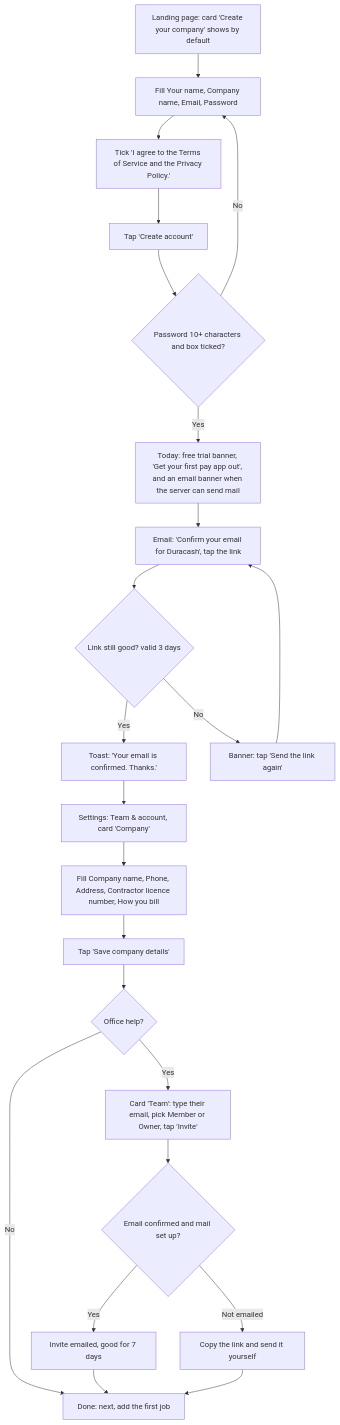
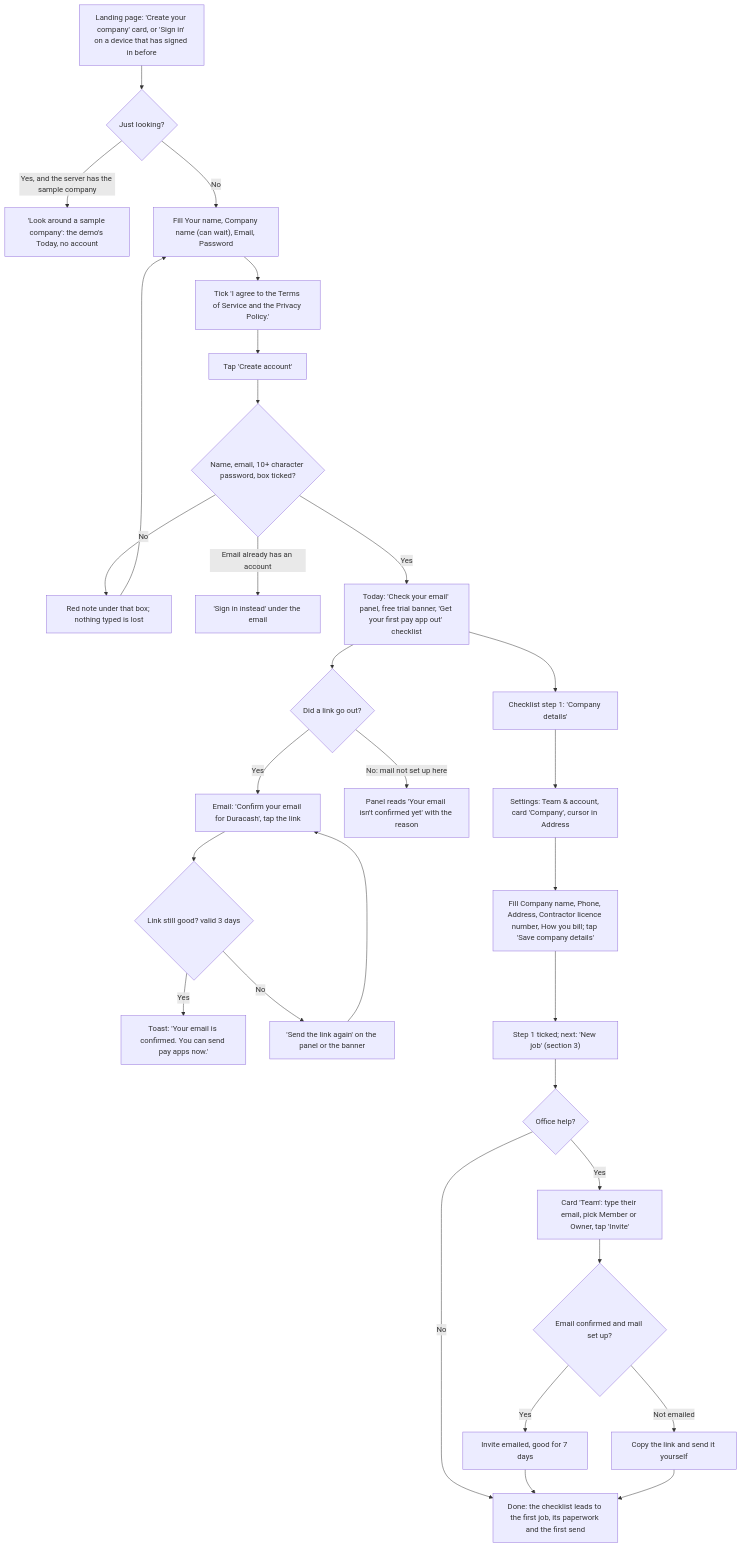
One commit to cartwrightstephen/billdable changed the second of 15 diagrams in docs/client-flows.md. Above: the diagram before and after it, drawn with Mermaid. The commit also changed other lines of this file and 12 other files, not shown here.

First line of the commit message:
Round 2: R2-08, R2-09 first-run wireframes and the last of the old name

````diff
--- a/docs/client-flows.md
+++ b/docs/client-flows.md
@@ -65,25 +65,32 @@
 ```mermaid
 flowchart TD
-    A["Landing page: card 'Create your company' shows by default"] --> B["Fill Your name, Company name, Email, Password"]
+    A["Landing page: 'Create your company' card, or 'Sign in' on a device that has signed in before"] --> A2{"Just looking?"}
+    A2 -->|"Yes, and the server has the sample company"| DEMO["'Look around a sample company': the demo's Today, no account"]
+    A2 -->|"No"| B["Fill Your name, Company name (can wait), Email, Password"]
     B --> C["Tick 'I agree to the Terms of Service and the Privacy Policy.'"]
     C --> D["Tap 'Create account'"]
-    D --> E{"Password 10+ characters and box ticked?"}
-    E -->|"No"| B
-    E -->|"Yes"| F["Today: free trial banner, 'Get your first pay app out', and an email banner when the server can send mail"]
-    F --> G["Email: 'Confirm your email for Duracash', tap the link"]
+    D --> E{"Name, email, 10+ character password, box ticked?"}
+    E -->|"No"| E1["Red note under that box; nothing typed is lost"]
+    E1 --> B
+    E -->|"Email already has an account"| E2["'Sign in instead' under the email"]
+    E -->|"Yes"| F["Today: 'Check your email' panel, free trial banner, 'Get your first pay app out' checklist"]
+    F --> F1{"Did a link go out?"}
+    F1 -->|"Yes"| G["Email: 'Confirm your email for Duracash', tap the link"]
+    F1 -->|"No: mail not set up here"| F2["Panel reads 'Your email isn't confirmed yet' with the reason"]
     G --> H{"Link still good? valid 3 days"}
-    H -->|"Yes"| I["Toast: 'Your email is confirmed. Thanks.'"]
-    H -->|"No"| J["Banner: tap 'Send the link again'"]
+    H -->|"Yes"| I["Toast: 'Your email is confirmed. You can send pay apps now.'"]
+    H -->|"No"| J["'Send the link again' on the panel or the banner"]
     J --> G
-    I --> K["Settings: Team & account, card 'Company'"]
-    K --> L["Fill Company name, Phone, Address, Contractor licence number, How you bill"]
-    L --> M["Tap 'Save company details'"]
-    M --> N{"Office help?"}
-    N -->|"Yes"| O["Card 'Team': type their email, pick Member or Owner, tap 'Invite'"]
-    N -->|"No"| P["Done: next, add the first job"]
-    O --> Q{"Email confirmed and mail set up?"}
-    Q -->|"Yes"| R["Invite emailed, good for 7 days"]
-    Q -->|"Not emailed"| S["Copy the link and send it yourself"]
-    R --> P
-    S --> P
+    F --> K["Checklist step 1: 'Company details'"]
+    K --> L["Settings: Team & account, card 'Company', cursor in Address"]
+    L --> M["Fill Company name, Phone, Address, Contractor licence number, How you bill; tap 'Save company details'"]
+    M --> N["Step 1 ticked; next: 'New job' (section 3)"]
+    N --> O{"Office help?"}
+    O -->|"Yes"| P["Card 'Team': type their email, pick Member or Owner, tap 'Invite'"]
+    O -->|"No"| Q["Done: the checklist leads to the first job, its paperwork and the first send"]
+    P --> R{"Email confirmed and mail set up?"}
+    R -->|"Yes"| S["Invite emailed, good for 7 days"]
+    R -->|"Not emailed"| T["Copy the link and send it yourself"]
+    S --> Q
+    T --> Q
 ```
````
